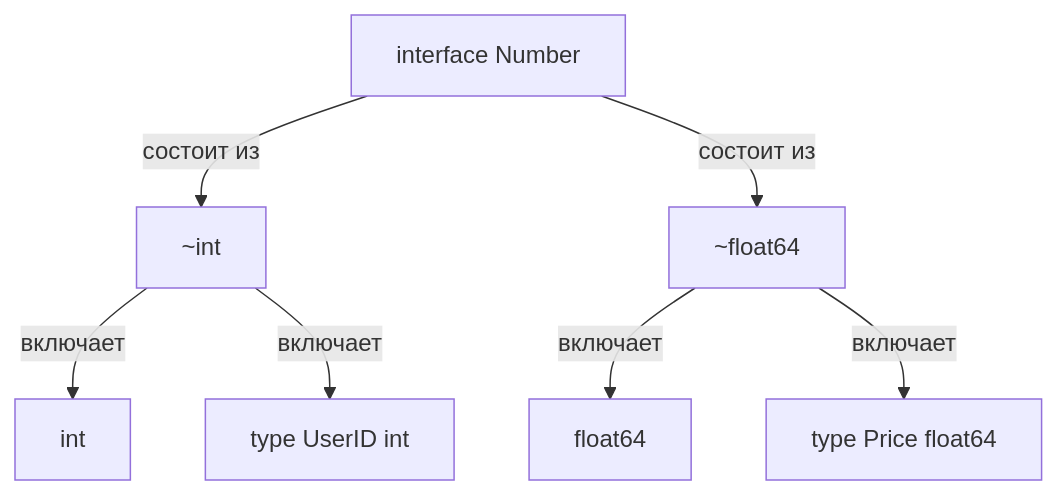
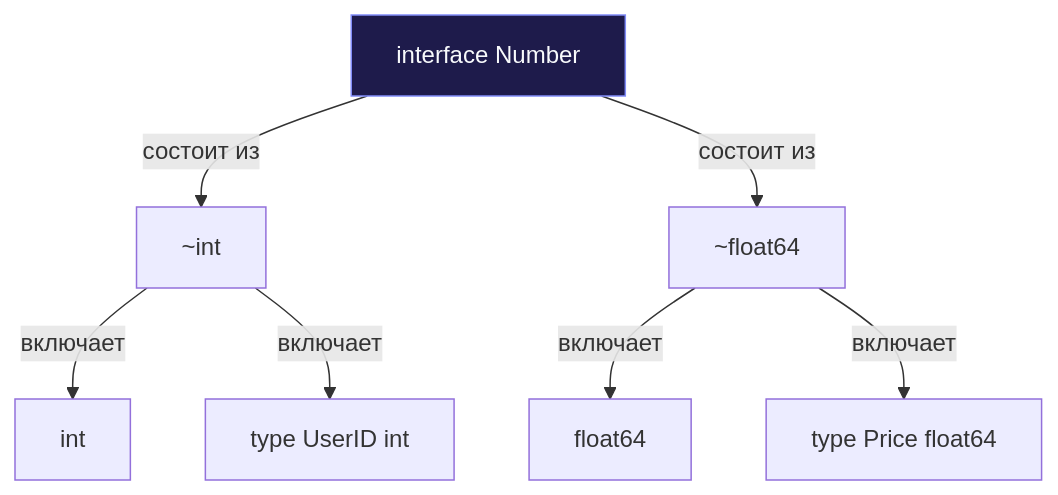
Before and after one commit to UnrealTemplier/go-textbook: the diagram in sources/5. Учебник по Go (Основы и синтаксис)/32. Дженерики. Type Parameters и Constraints.md, drawn with Mermaid. The commit also changed 1666 other files, not shown here.

First line of the commit message:
feat(mermaid): add semantic color classDef to 1369 colorless flowchart/graph diagrams

````diff
--- a/sources/5. Учебник по Go (Основы и синтаксис)/32. Дженерики. Type Parameters и Constraints.md
+++ b/sources/5. Учебник по Go (Основы и синтаксис)/32. Дженерики. Type Parameters и Constraints.md
@@ -93,9 +93,19 @@
 ```mermaid
 flowchart TD
-    A["interface Number"] -->|"состоит из"| B["~int"]
+    classDef process  fill:#1e293b,stroke:#38bdf8,stroke-width:1px,color:#f8fafc
+    classDef success  fill:#064e3b,stroke:#34d399,stroke-width:1px,color:#f8fafc
+    classDef error    fill:#7f1d1d,stroke:#f87171,stroke-width:1px,color:#f8fafc
+    classDef warning  fill:#78350f,stroke:#fbbf24,stroke-width:1px,color:#f8fafc
+    classDef entry    fill:#1e3a5f,stroke:#38bdf8,stroke-width:2px,color:#f8fafc
+    classDef aux      fill:#334155,stroke:#64748b,stroke-width:1px,color:#f8fafc
+    classDef system   fill:#312e81,stroke:#a78bfa,stroke-width:1px,color:#f8fafc
+    classDef data     fill:#132d29,stroke:#2dd4bf,stroke-width:1px,color:#f8fafc
+    classDef network  fill:#881337,stroke:#fb7185,stroke-width:1px,color:#f8fafc
+    classDef accent   fill:#1e1b4b,stroke:#818cf8,stroke-width:1px,color:#f8fafc
+    A["interface Number"]:::accent -->|"состоит из"| B["~int"]
     A -->|"состоит из"| C["~float64"]
     B -->|"включает"| D["int"]
     B -->|"включает"| E["type UserID int"]
     C -->|"включает"| F["float64"]
     C -->|"включает"| G["type Price float64"]
 ```
````
